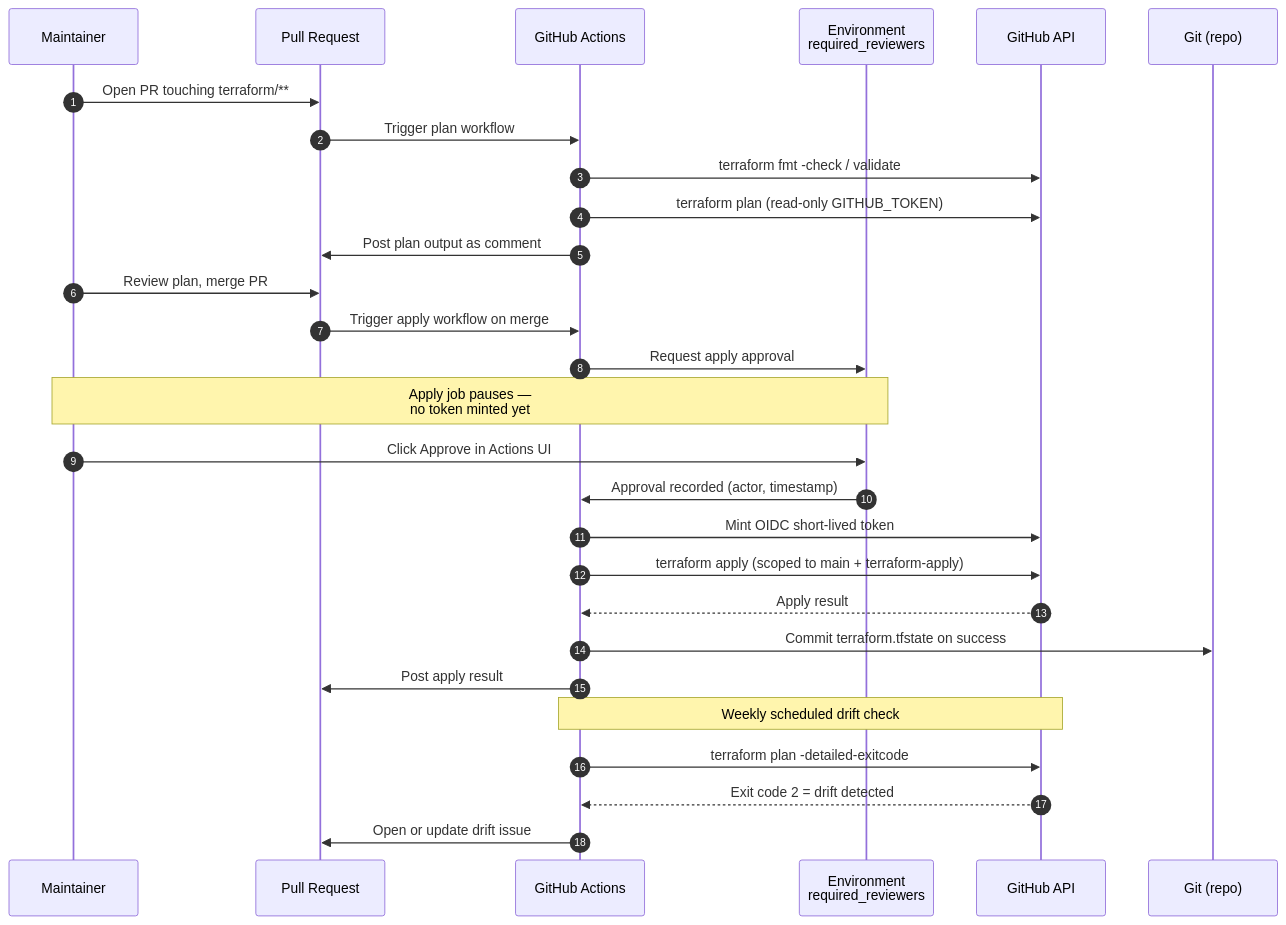
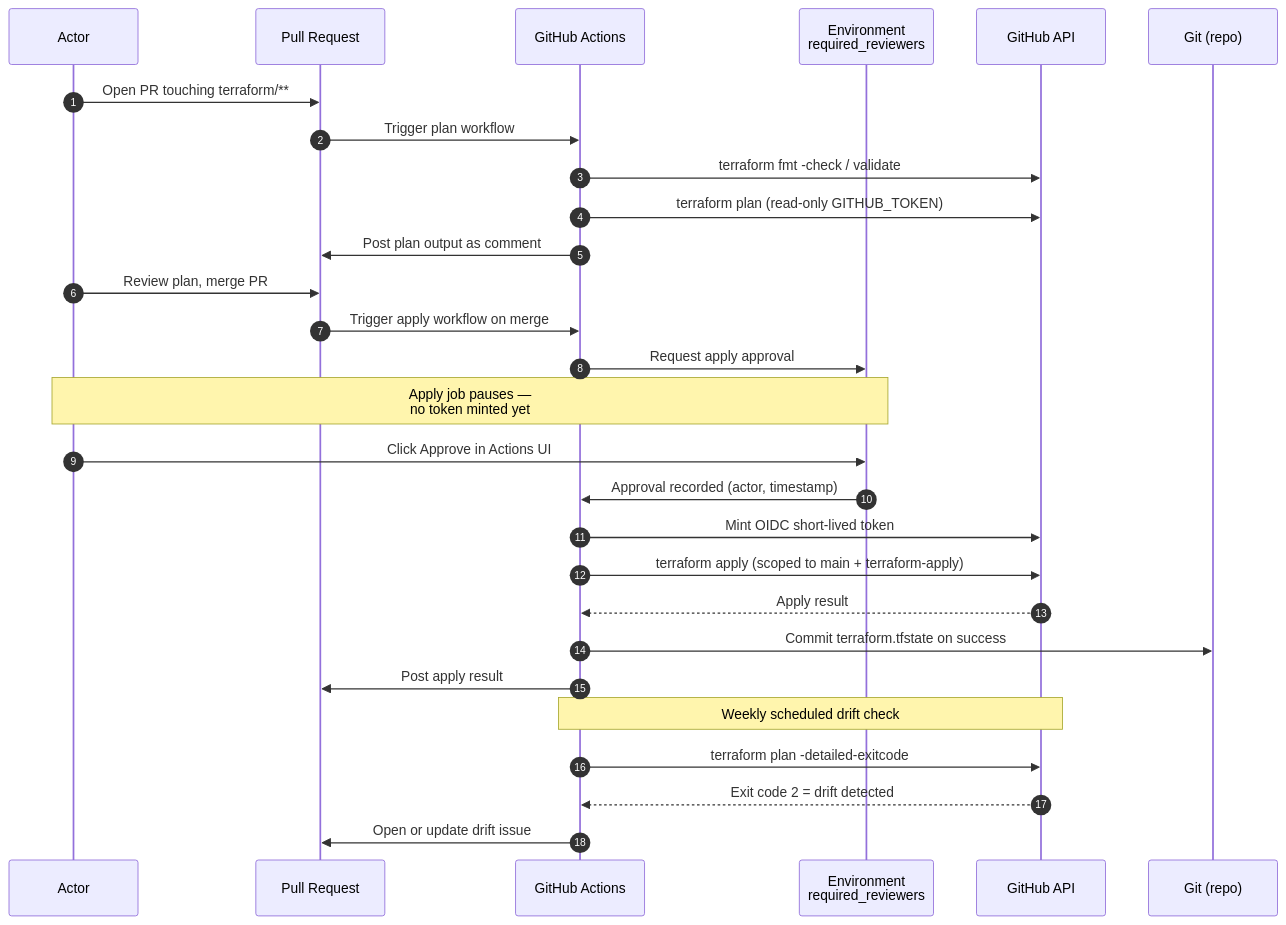
Before and after one commit to tkoyama010/pyvista-wasm: the diagram in docs/decisions/0009-decide-how-to-sync-github-repo-settings-with-terraform.md, drawn with Mermaid.

Commit message:
docs: rename Maintainer to Actor in ADR-0009 Mermaid diagram
GitHub Actions uses "actor" for the user who triggers or approves a
workflow run. Align the diagram label with the audit-trail terminology
used in the ADR body and the Actions run history.

````diff
--- a/docs/decisions/0009-decide-how-to-sync-github-repo-settings-with-terraform.md
+++ b/docs/decisions/0009-decide-how-to-sync-github-repo-settings-with-terraform.md
@@ -144,32 +144,32 @@
 ```{mermaid}
 sequenceDiagram
     autonumber
-    participant M as Maintainer
+    participant A as Actor
     participant PR as Pull Request
     participant CI as GitHub Actions
     participant ENV as Environment<br/>required_reviewers
     participant GH as GitHub API
     participant GIT as Git (repo)
 
-    M->>PR: Open PR touching terraform/**
+    A->>PR: Open PR touching terraform/**
     PR->>CI: Trigger plan workflow
     CI->>GH: terraform fmt -check / validate
     CI->>GH: terraform plan (read-only GITHUB_TOKEN)
     CI->>PR: Post plan output as comment
-    M->>PR: Review plan, merge PR
+    A->>PR: Review plan, merge PR
     PR->>CI: Trigger apply workflow on merge
     CI->>ENV: Request apply approval
-    Note over ENV,M: Apply job pauses —<br/>no token minted yet
-    M->>ENV: Click Approve in Actions UI
+    Note over ENV,A: Apply job pauses —<br/>no token minted yet
+    A->>ENV: Click Approve in Actions UI
     ENV->>CI: Approval recorded (actor, timestamp)
     CI->>GH: Mint OIDC short-lived token
     CI->>GH: terraform apply (scoped to main + terraform-apply)
     GH-->>CI: Apply result
     CI->>GIT: Commit terraform.tfstate on success
     CI->>PR: Post apply result
 
     Note over CI,GH: Weekly scheduled drift check
     CI->>GH: terraform plan -detailed-exitcode
     GH-->>CI: Exit code 2 = drift detected
     CI->>PR: Open or update drift issue
 ```
````
